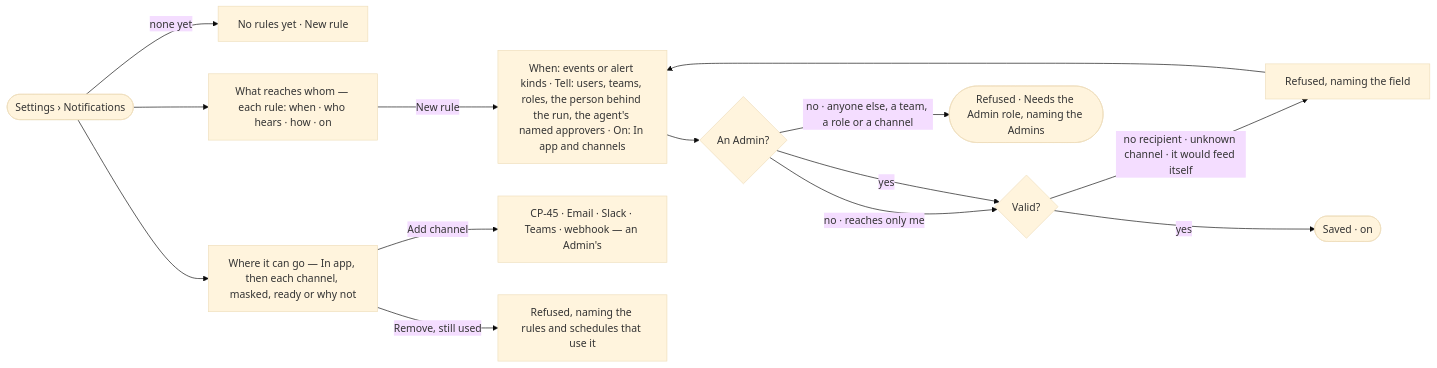
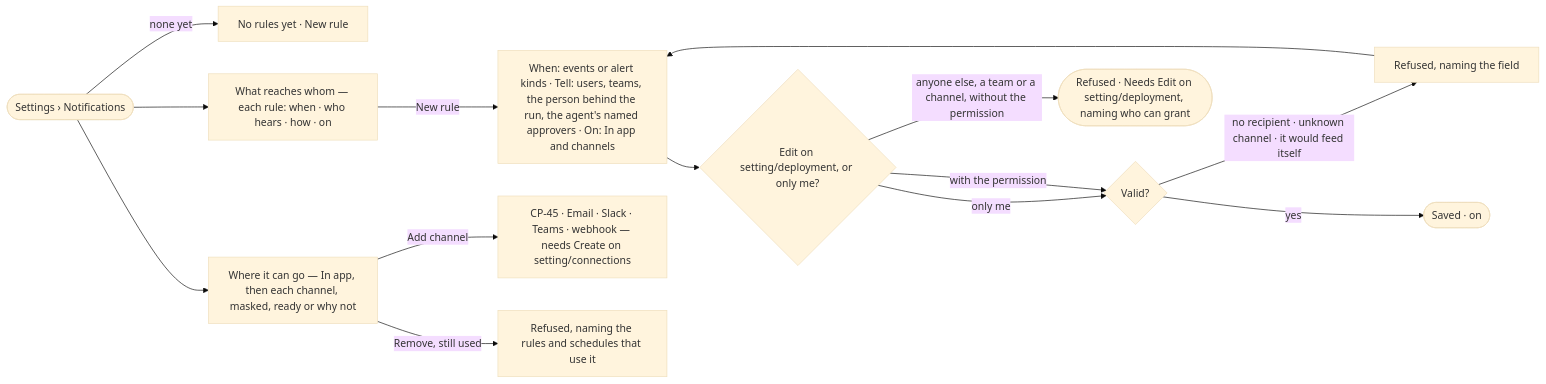
Before and after one commit to invana/invana: the diagram in specs/os/control/features/CP-F08-the-inbox/stories/CP-37-say-which-events-reach-whom-and-where/story.md, drawn with Mermaid (base theme). The commit also changed other lines of this file and 228 other files, not shown here.

````diff
--- a/specs/os/control/features/CP-F08-the-inbox/stories/CP-37-say-which-events-reach-whom-and-where/story.md
+++ b/specs/os/control/features/CP-F08-the-inbox/stories/CP-37-say-which-events-reach-whom-and-where/story.md
@@ -26,15 +26,15 @@
 ```mermaid
 flowchart LR
   s([Settings › Notifications]) -->|none yet| e["No rules yet · New rule"]
   s --> r["What reaches whom — each rule: when · who hears · how · on"]
   s --> c["Where it can go — In app, then each channel, masked, ready or why not"]
-  r -->|New rule| n["When: events or alert kinds · Tell: users, teams, roles, the person behind the run, the agent's named approvers · On: In app and channels"]
-  n --> who{"An Admin?"}
-  who -->|no · reaches only me| v
-  who -->|no · anyone else, a team, a role or a channel| nr(["Refused · Needs the Admin role, naming the Admins"])
-  who -->|yes| v{"Valid?"}
+  r -->|New rule| n["When: events or alert kinds · Tell: users, teams, the person behind the run, the agent's named approvers · On: In app and channels"]
+  n --> who{"Edit on setting/deployment, or only me?"}
+  who -->|only me| v
+  who -->|anyone else, a team or a channel, without the permission| nr(["Refused · Needs Edit on setting/deployment, naming who can grant"])
+  who -->|with the permission| v{"Valid?"}
   v -->|no recipient · unknown channel · it would feed itself| x["Refused, naming the field"] --> n
   v -->|yes| ok(["Saved · on"])
-  c -->|Add channel| ch["CP-45 · Email · Slack · Teams · webhook — an Admin's"]
+  c -->|Add channel| ch["CP-45 · Email · Slack · Teams · webhook — needs Create on setting/connections"]
   c -->|Remove, still used| used["Refused, naming the rules and schedules that use it"]
 ```
````
